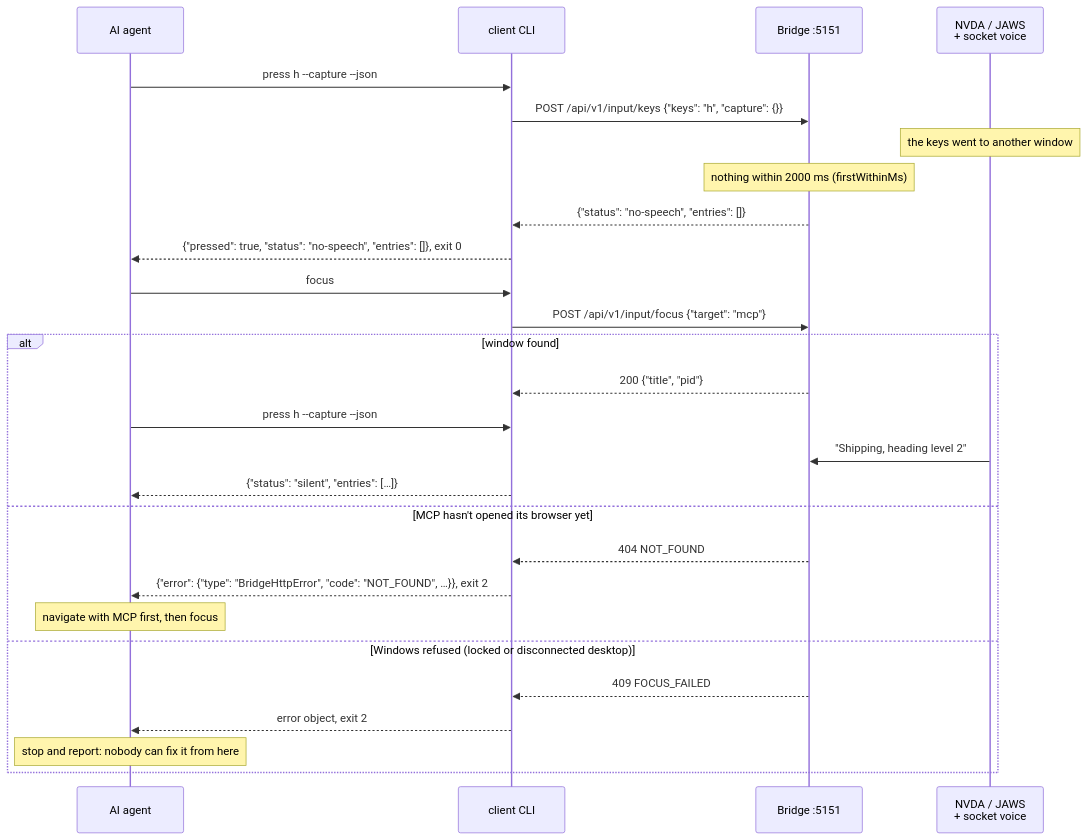
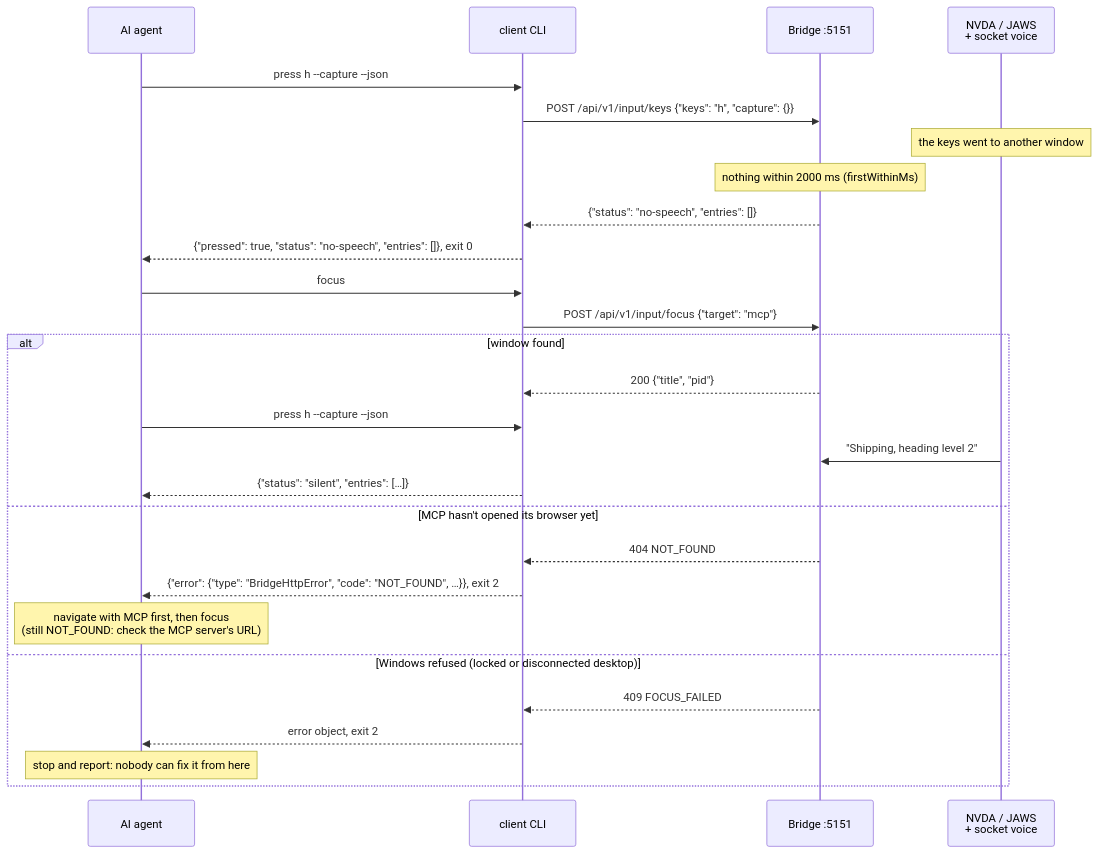
One commit to TimoSto/screenreader-speech-capture changed the third of 4 diagrams in docs/usage/flows/agents.md. Above: the diagram before and after it, drawn with Mermaid. The commit also changed other lines of this file and 6 other files, not shown here.

````diff
--- a/docs/usage/flows/agents.md
+++ b/docs/usage/flows/agents.md
@@ -119,30 +126,30 @@
 ```mermaid
 sequenceDiagram
     participant A as AI agent
     participant CLI as client CLI
     participant B as Bridge :5151
     participant SR as NVDA / JAWS<br/>+ socket voice
 
     A->>CLI: press h --capture --json
     CLI->>B: POST /api/v1/input/keys {"keys": "h", "capture": {}}
     Note over SR: the keys went to another window
     Note over B: nothing within 2000 ms (firstWithinMs)
     B-->>CLI: {"status": "no-speech", "entries": []}
     CLI-->>A: {"pressed": true, "status": "no-speech", "entries": []}, exit 0
     A->>CLI: focus
     CLI->>B: POST /api/v1/input/focus {"target": "mcp"}
     alt window found
         B-->>CLI: 200 {"title", "pid"}
         A->>CLI: press h --capture --json
         SR->>B: "Shipping, heading level 2"
         CLI-->>A: {"status": "silent", "entries": […]}
     else MCP hasn't opened its browser yet
         B-->>CLI: 404 NOT_FOUND
         CLI-->>A: {"error": {"type": "BridgeHttpError", "code": "NOT_FOUND", …}}, exit 2
-        Note over A: navigate with MCP first, then focus
+        Note over A: navigate with MCP first, then focus<br/>(still NOT_FOUND: check the MCP server's URL)
     else Windows refused (locked or disconnected desktop)
         B-->>CLI: 409 FOCUS_FAILED
         CLI-->>A: error object, exit 2
         Note over A: stop and report: nobody can fix it from here
     end
 ```
````
